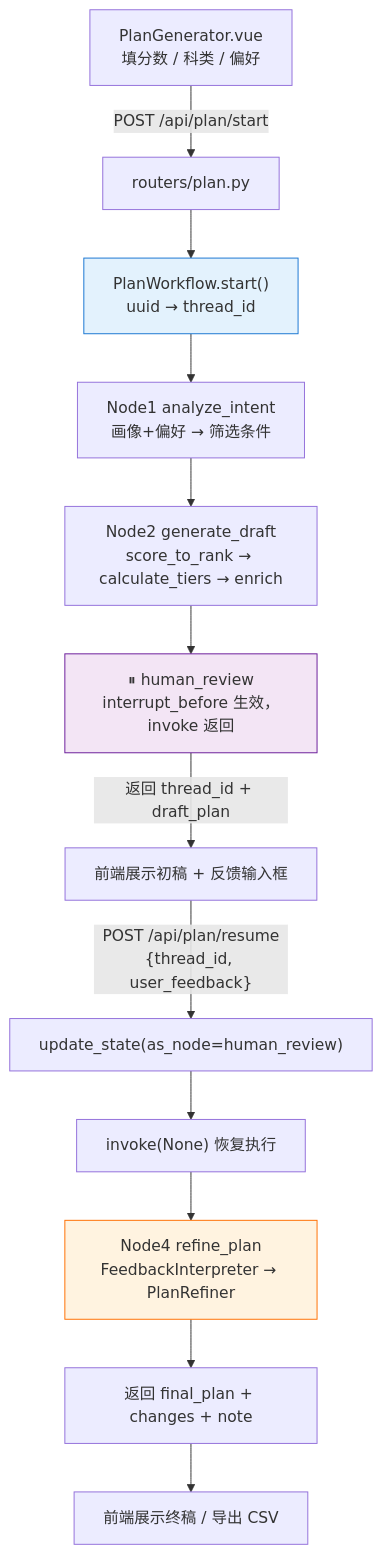
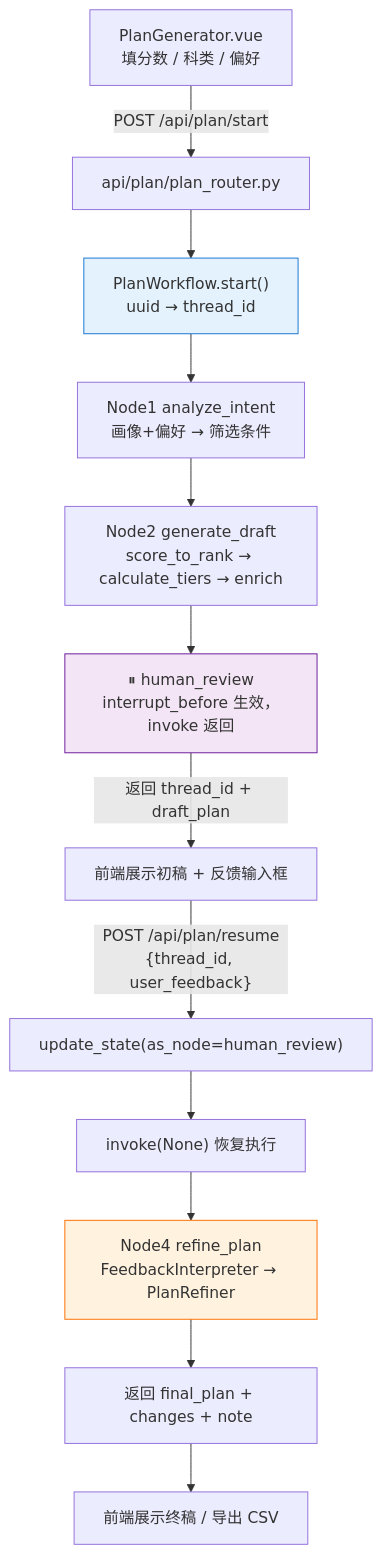
Before and after one commit to TS-DE/college-application-process: diagram 11 of 12 in README.md, drawn with Mermaid. The commit also changed other lines of this file and 1 other file, not shown here.

Commit message:
docs: 0.17.0 更新 CHANGELOG 与 README 目录结构（api/services/tests 三层）

````diff
--- a/README.md
+++ b/README.md
@@ -1001,18 +1037,18 @@
 ```mermaid
 graph TD
-    A["PlanGenerator.vue<br/>填分数 / 科类 / 偏好"] -->|"POST /api/plan/start"| B["routers/plan.py"]
+    A["PlanGenerator.vue<br/>填分数 / 科类 / 偏好"] -->|"POST /api/plan/start"| B["api/plan/plan_router.py"]
     B --> C["PlanWorkflow.start()<br/>uuid → thread_id"]
     C --> D["Node1 analyze_intent<br/>画像+偏好 → 筛选条件"]
     D --> E["Node2 generate_draft<br/>score_to_rank → calculate_tiers → enrich"]
     E --> F["⏸ human_review<br/>interrupt_before 生效，invoke 返回"]
     F -->|"返回 thread_id + draft_plan"| G["前端展示初稿 + 反馈输入框"]
     G -->|"POST /api/plan/resume<br/>{thread_id, user_feedback}"| H["update_state(as_node=human_review)"]
     H --> I["invoke(None) 恢复执行"]
     I --> J["Node4 refine_plan<br/>FeedbackInterpreter → PlanRefiner"]
     J --> K["返回 final_plan + changes + note"]
     K --> L["前端展示终稿 / 导出 CSV"]
 
     style F fill:#f3e5f5,stroke:#6a1b9a
     style C fill:#e3f2fd,stroke:#1976d2
     style J fill:#fff3e0,stroke:#ff6f00
 ```
````
